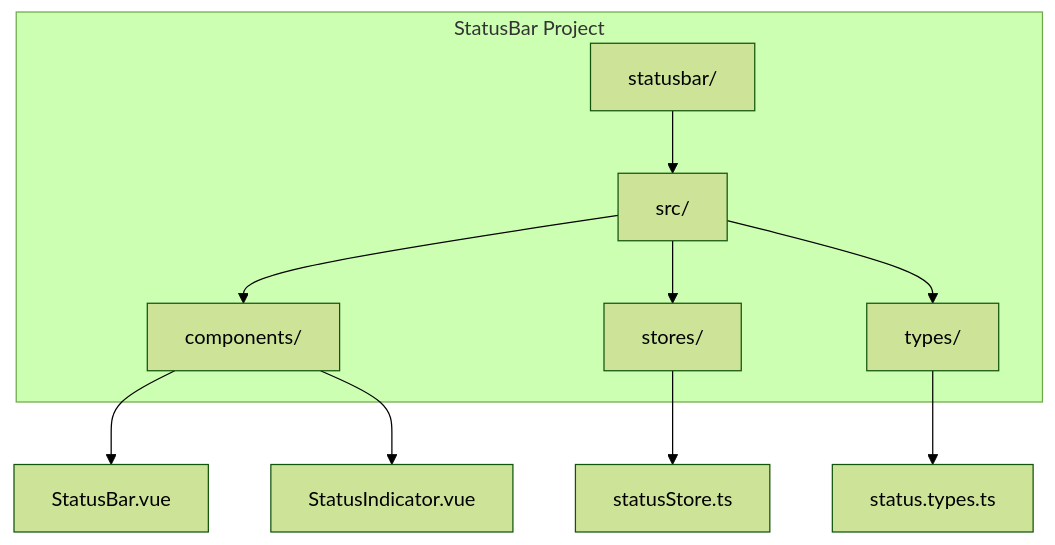
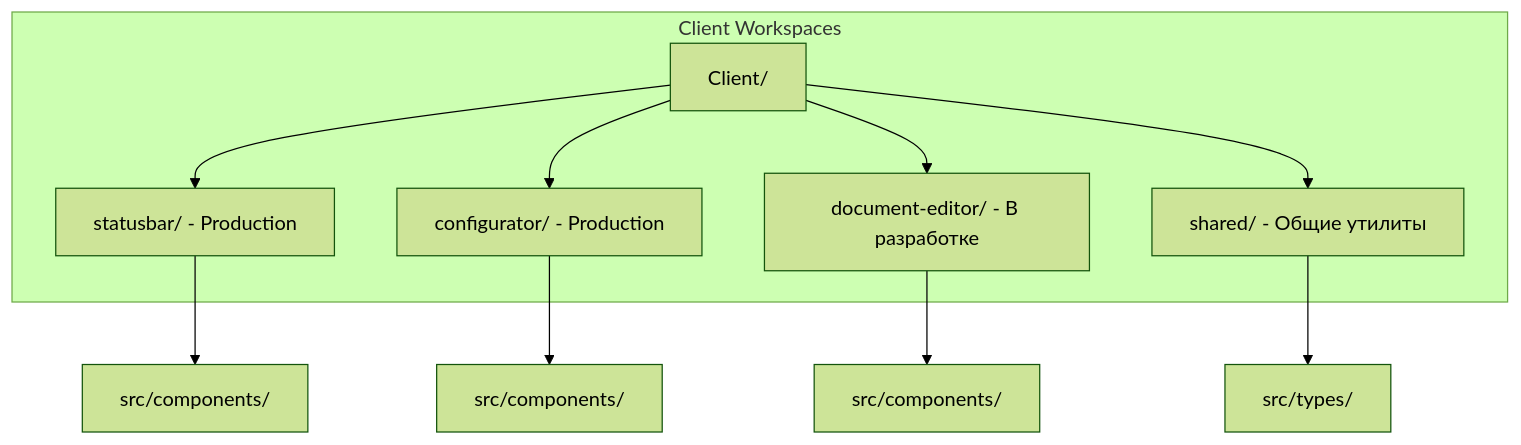
One commit to tn-ivk/tn-doc changed the fourth of 4 diagrams in docs/development/setup.md. Above: the diagram before and after it, drawn with Mermaid (forest theme). The commit also changed other lines of this file and 2 other files, not shown here.

````diff
--- a/docs/development/setup.md
+++ b/docs/development/setup.md
@@ -262,20 +270,20 @@
 ```mermaid
 graph TB
-    subgraph "StatusBar Project"
-        Root[statusbar/]
-        Src[src/]
-        Comp[components/]
-        Store[stores/]
-        Types[types/]
+    subgraph "Client Workspaces"
+        Root[Client/]
+        StatusBar[statusbar/ - Production]
+        Configurator[configurator/ - Production]
+        Editor[document-editor/ - В разработке]
+        Shared[shared/ - Общие утилиты]
     end
 
-    Root --> Src
-    Src --> Comp
-    Src --> Store
-    Src --> Types
+    Root --> StatusBar
+    Root --> Configurator
+    Root --> Editor
+    Root --> Shared
 
-    Comp --> StatusBar[StatusBar.vue]
-    Comp --> Indicator[StatusIndicator.vue]
-    Store --> StatusStore[statusStore.ts]
-    Types --> StatusTypes[status.types.ts]
+    StatusBar --> SB_Src[src/components/]
+    Configurator --> CF_Src[src/components/]
+    Editor --> ED_Src[src/components/]
+    Shared --> SH_Src[src/types/]
 ```
````
